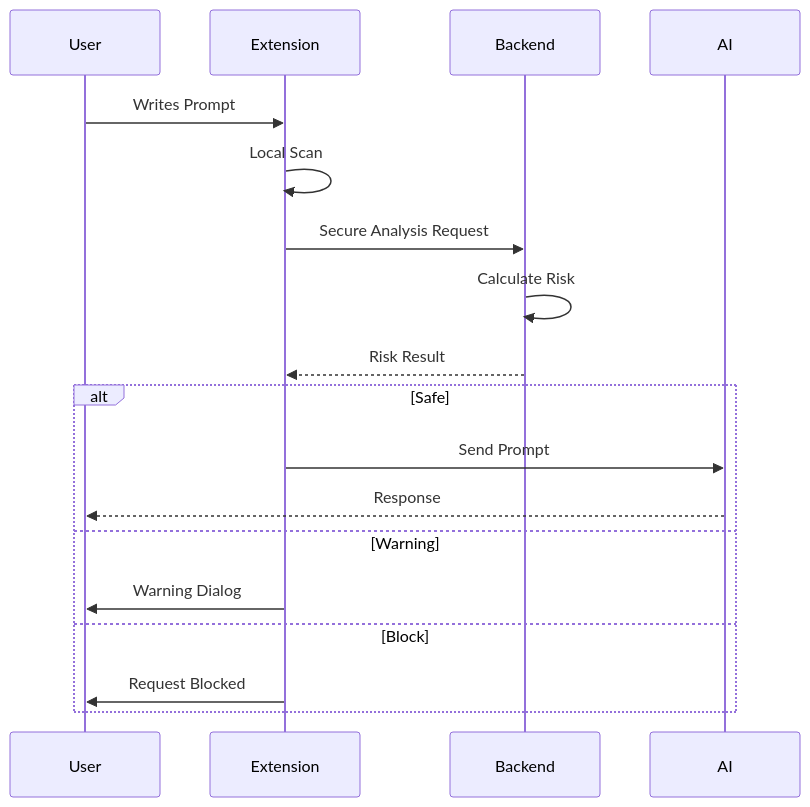
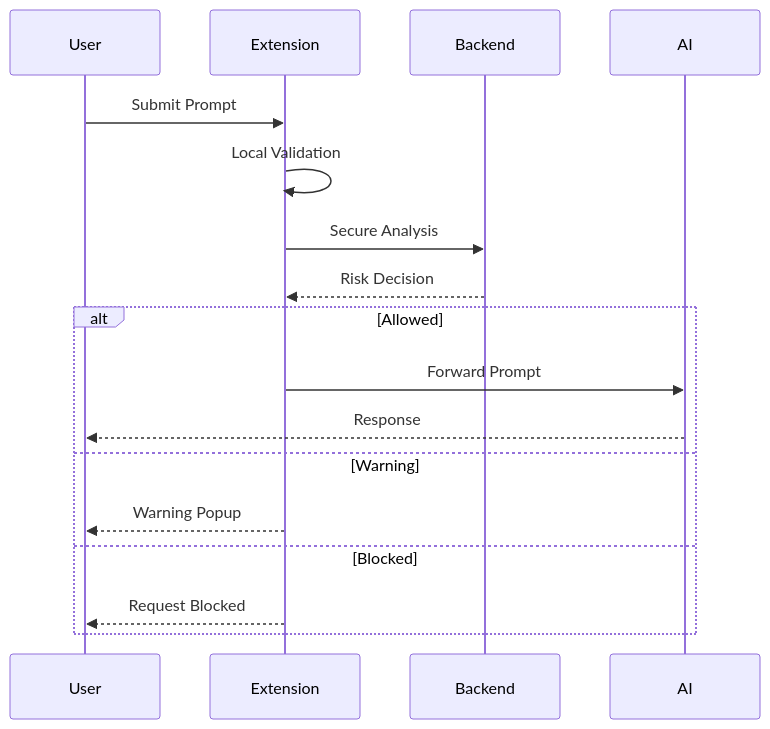
One commit to DurvaShidruk/ShadowAI changed the seventh of 11 diagrams in docs/ARCHITECTURE.md. Above: the diagram before and after it, drawn with Mermaid. The commit also changed other lines of this file, not shown here.

````diff
--- a/docs/ARCHITECTURE.md
+++ b/docs/ARCHITECTURE.md
@@ -154,37 +192,22 @@
 ```mermaid
 sequenceDiagram
 
 participant User
-
 participant Extension
-
 participant Backend
-
 participant AI
 
-User->>Extension: Writes Prompt
+User->>Extension: Submit Prompt
+Extension->>Extension: Local Validation
+Extension->>Backend: Secure Analysis
+Backend-->>Extension: Risk Decision
 
-Extension->>Extension: Local Scan
-
-Extension->>Backend: Secure Analysis Request
-
-Backend->>Backend: Calculate Risk
-
-Backend-->>Extension: Risk Result
-
-alt Safe
-
-Extension->>AI: Send Prompt
-
+alt Allowed
+Extension->>AI: Forward Prompt
 AI-->>User: Response
-
 else Warning
-
-Extension->>User: Warning Dialog
-
-else Block
-
-Extension->>User: Request Blocked
-
+Extension-->>User: Warning Popup
+else Blocked
+Extension-->>User: Request Blocked
 end
 ```
````
